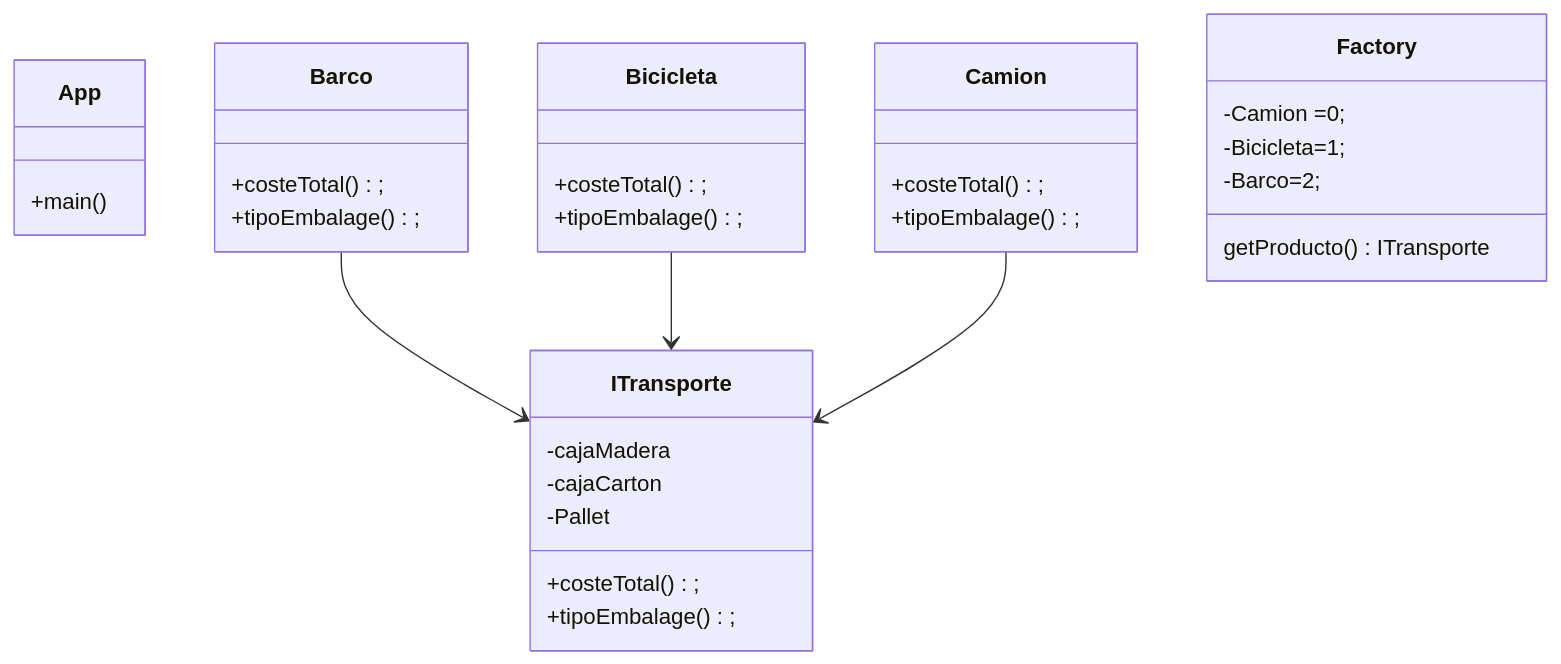
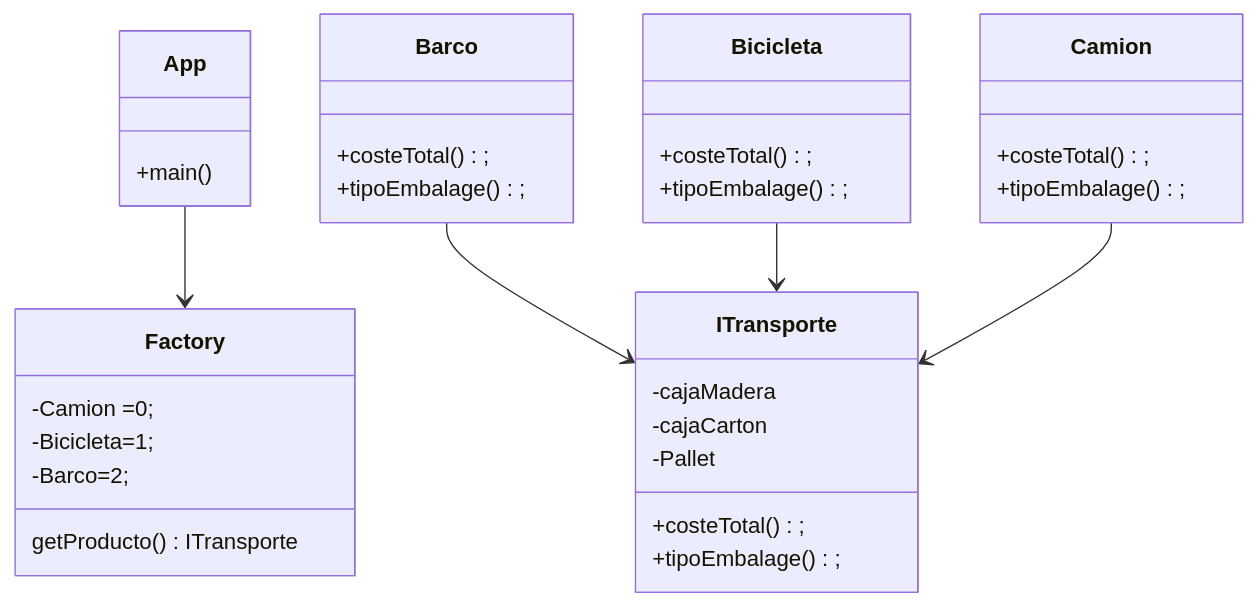
Before and after one commit to marcosfa00/factory: the diagram in Readme.md, drawn with Mermaid. The commit also changed other lines of this file, not shown here.

````diff
--- a/Readme.md
+++ b/Readme.md
@@ -72,41 +40,46 @@
 ```mermaid
 classDiagram
     App 
     class App {
         +main()
+        
     }
+   
       class ITransporte{
         -cajaMadera
         -cajaCarton
         -Pallet
         +costeTotal();
         +tipoEmbalage();
-    }
+         }
+         
+     App --> Factory
+     
     class Barco {  
         +costeTotal();
         +tipoEmbalage();
     }
 
     class Bicicleta{
     +costeTotal();
         +tipoEmbalage();
     }
     class Camion{
     +costeTotal();
         +tipoEmbalage();
     }
     
     class Factory{
         -Camion =0;
         -Bicicleta=1;
         -Barco=2;
         getProducto()ITransporte
     }
   
     
     Barco --> ITransporte
     Bicicleta -->ITransporte
     Camion-->ITransporte
    
 
 ```
````
